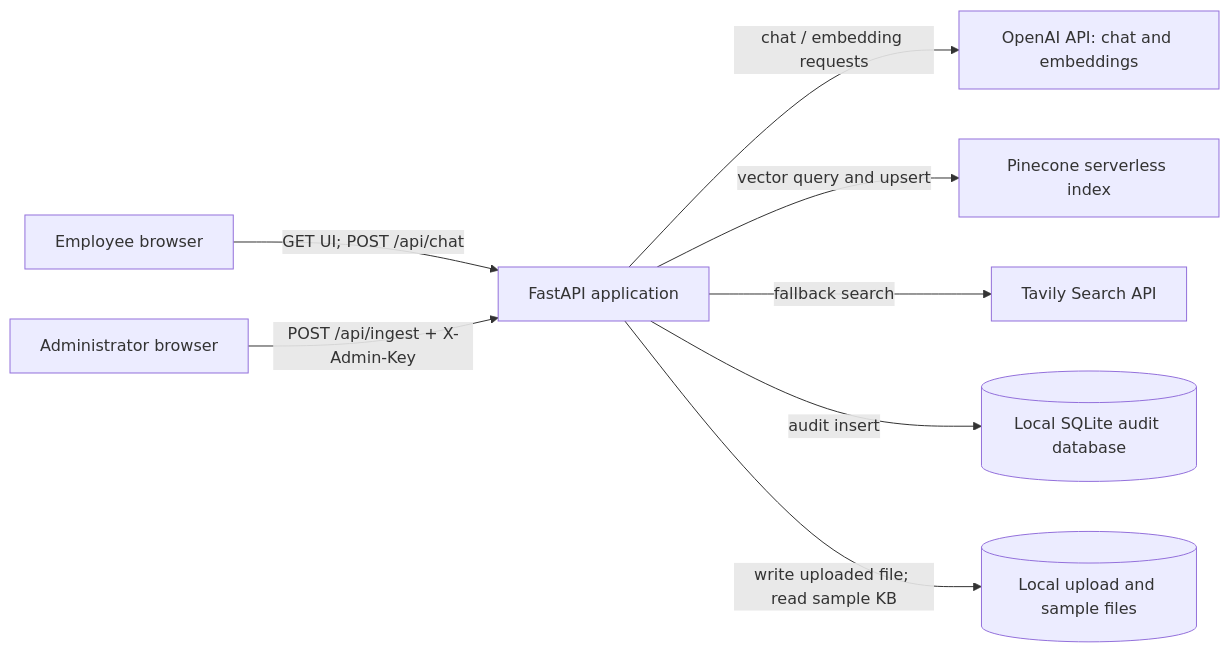
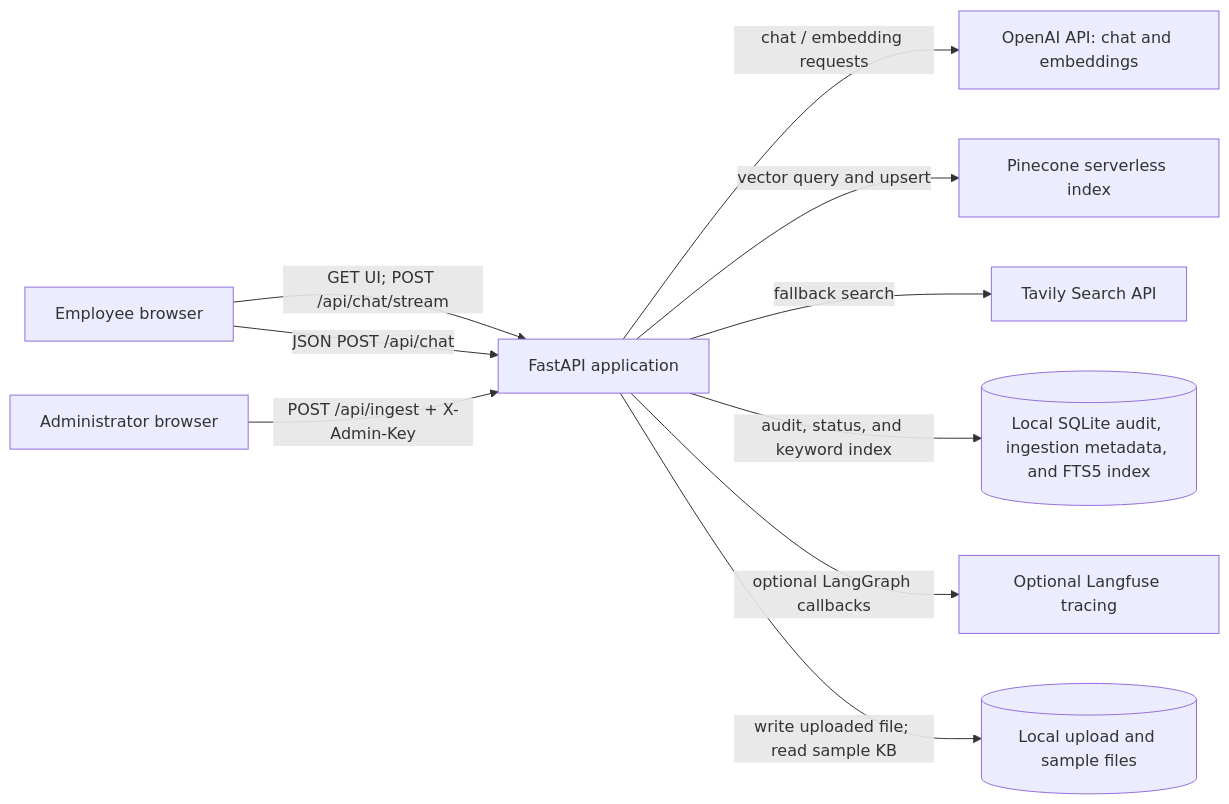
One commit to arifunsari/Enterprise-IT-Support-AI-Copilot changed the first of 16 diagrams in architecture.md. Above: the diagram before and after it, drawn with Mermaid. The commit also changed other lines of this file and 16 other files, not shown here.

Commit message:
Added hybrid retrieval reranking streaming chat and langfuse tracing

````diff
--- a/architecture.md
+++ b/architecture.md
@@ -74,19 +75,22 @@
 ```mermaid
 flowchart LR
     Employee[Employee browser]
     Admin[Administrator browser]
     App[FastAPI application]
     OpenAI[OpenAI API: chat and embeddings]
     Pinecone[Pinecone serverless index]
     Tavily[Tavily Search API]
-    SQLite[(Local SQLite audit database)]
+    SQLite[(Local SQLite audit, ingestion metadata, and FTS5 index)]
+    Langfuse[Optional Langfuse tracing]
     Files[(Local upload and sample files)]
 
-    Employee -->|GET UI; POST /api/chat| App
+    Employee -->|GET UI; POST /api/chat/stream| App
+    Employee -->|JSON POST /api/chat| App
     Admin -->|POST /api/ingest + X-Admin-Key| App
     App -->|chat / embedding requests| OpenAI
     App -->|vector query and upsert| Pinecone
     App -->|fallback search| Tavily
-    App -->|audit insert| SQLite
+    App -->|audit, status, and keyword index| SQLite
+    App -->|optional LangGraph callbacks| Langfuse
     App -->|write uploaded file; read sample KB| Files
 ```
````
